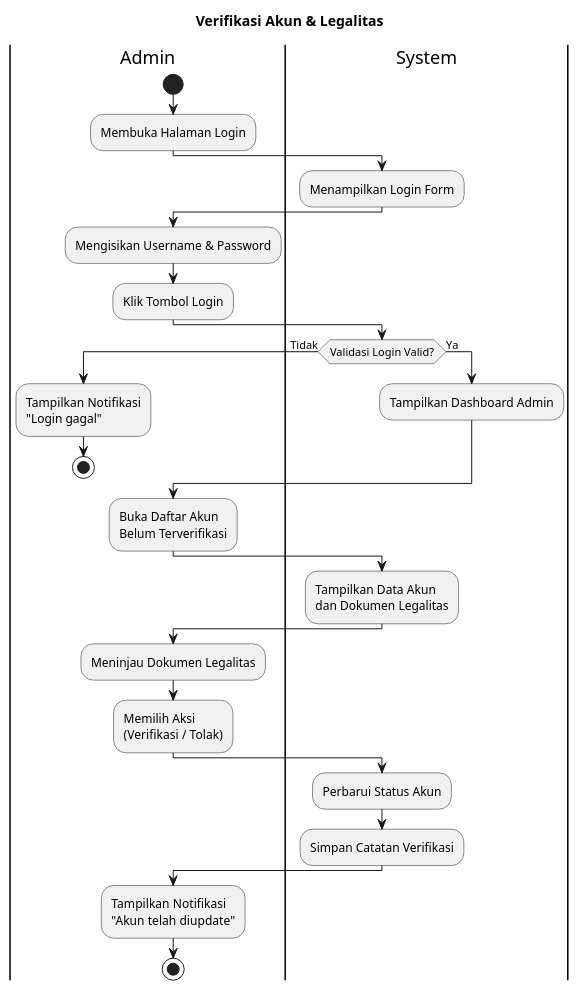
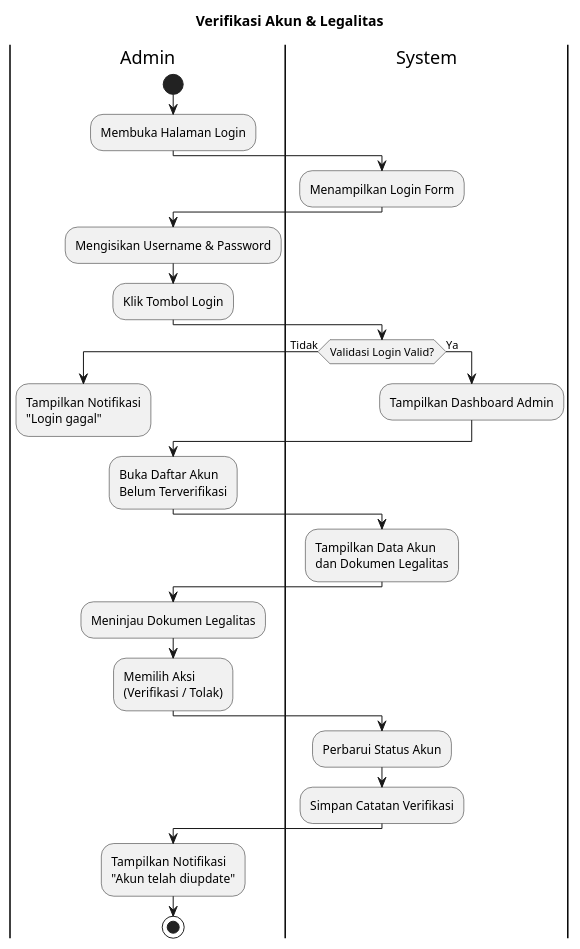
One commit to ncip48/RPL changed the diagram in activity diagram/verifikasi akun.puml. Above: the diagram before and after it, drawn with PlantUML. The commit also changed 4 other files, not shown here.

```diff
--- a/activity diagram/verifikasi akun.puml
+++ b/activity diagram/verifikasi akun.puml
@@ -1,43 +1,43 @@
 @startuml
 title Verifikasi Akun & Legalitas
 
 |Admin|
 start
 :Membuka Halaman Login;
 
 |System|
 :Menampilkan Login Form;
 
 |Admin|
 :Mengisikan Username & Password;
 :Klik Tombol Login;
 
 |System|
 if (Validasi Login Valid?) then (Tidak)
     |Admin|
     :Tampilkan Notifikasi\n"Login gagal";
-    stop
+    kill
 else (Ya)
     |System|
     :Tampilkan Dashboard Admin;
 endif
 
 |Admin|
 :Buka Daftar Akun\nBelum Terverifikasi;
 
 |System|
 :Tampilkan Data Akun\ndan Dokumen Legalitas;
 
 |Admin|
 :Meninjau Dokumen Legalitas;
 :Memilih Aksi\n(Verifikasi / Tolak);
 
 |System|
 :Perbarui Status Akun;
 :Simpan Catatan Verifikasi;
 
 |Admin|
 :Tampilkan Notifikasi\n"Akun telah diupdate";
 
 stop
 @enduml
```
